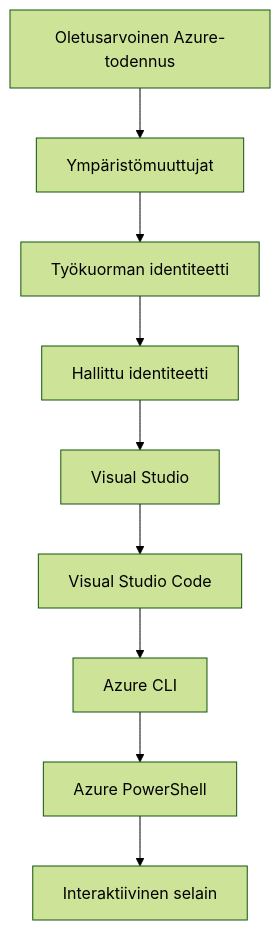
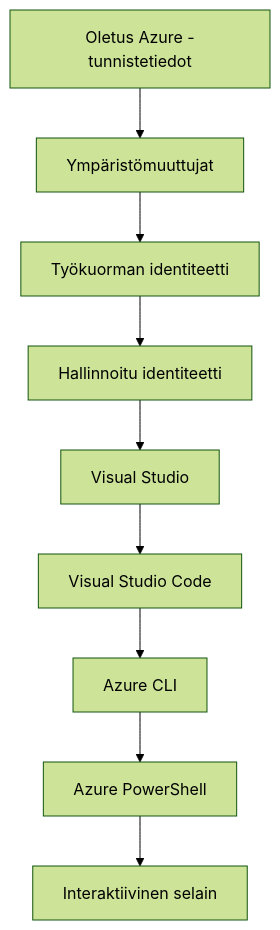
The second of 2 diagrams in translations/fi/docs/chapter-01-foundation/azd-basics.md (microsoft/AZD-for-beginners), drawn with Mermaid (forest theme) before and after one commit. The commit also changed other lines of this file and 104 other files, not shown here.

````diff
--- a/translations/fi/docs/chapter-01-foundation/azd-basics.md
+++ b/translations/fi/docs/chapter-01-foundation/azd-basics.md
@@ -591,11 +605,11 @@
 ```mermaid
 graph TD
-    A[Oletusarvoinen Azure-todennus] --> B[Ympäristömuuttujat]
+    A[Oletus Azure -tunnistetiedot] --> B[Ympäristömuuttujat]
     B --> C[Työkuorman identiteetti]
-    C --> D[Hallittu identiteetti]
+    C --> D[Hallinnoitu identiteetti]
     D --> E[Visual Studio]
     E --> F[Visual Studio Code]
     F --> G[Azure CLI]
     G --> H[Azure PowerShell]
     H --> I[Interaktiivinen selain]
 ```
````
